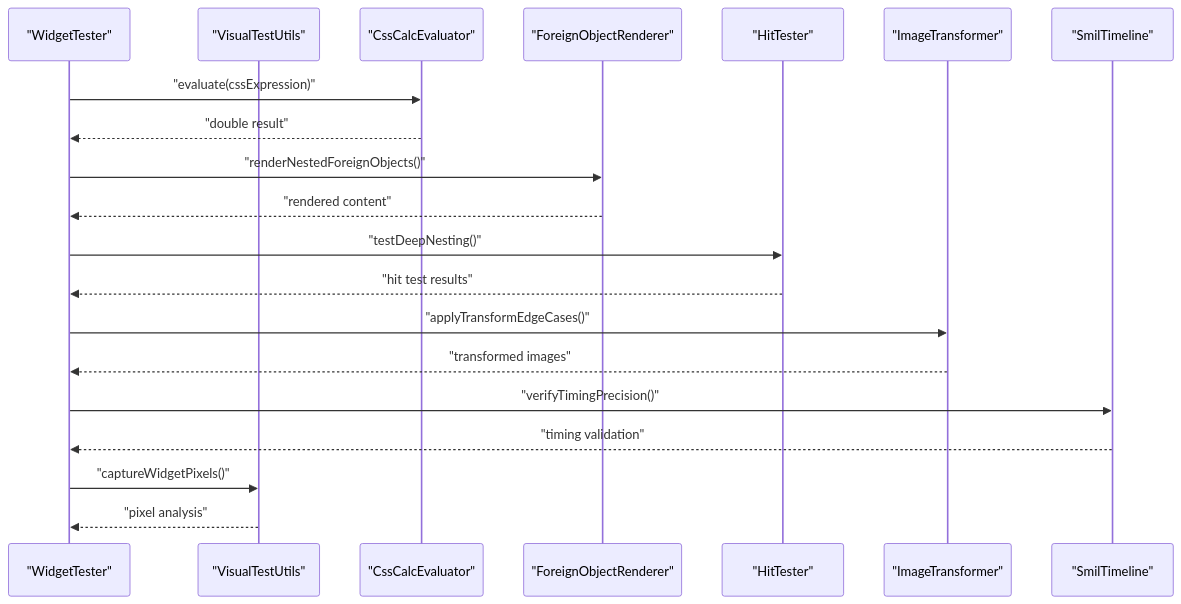
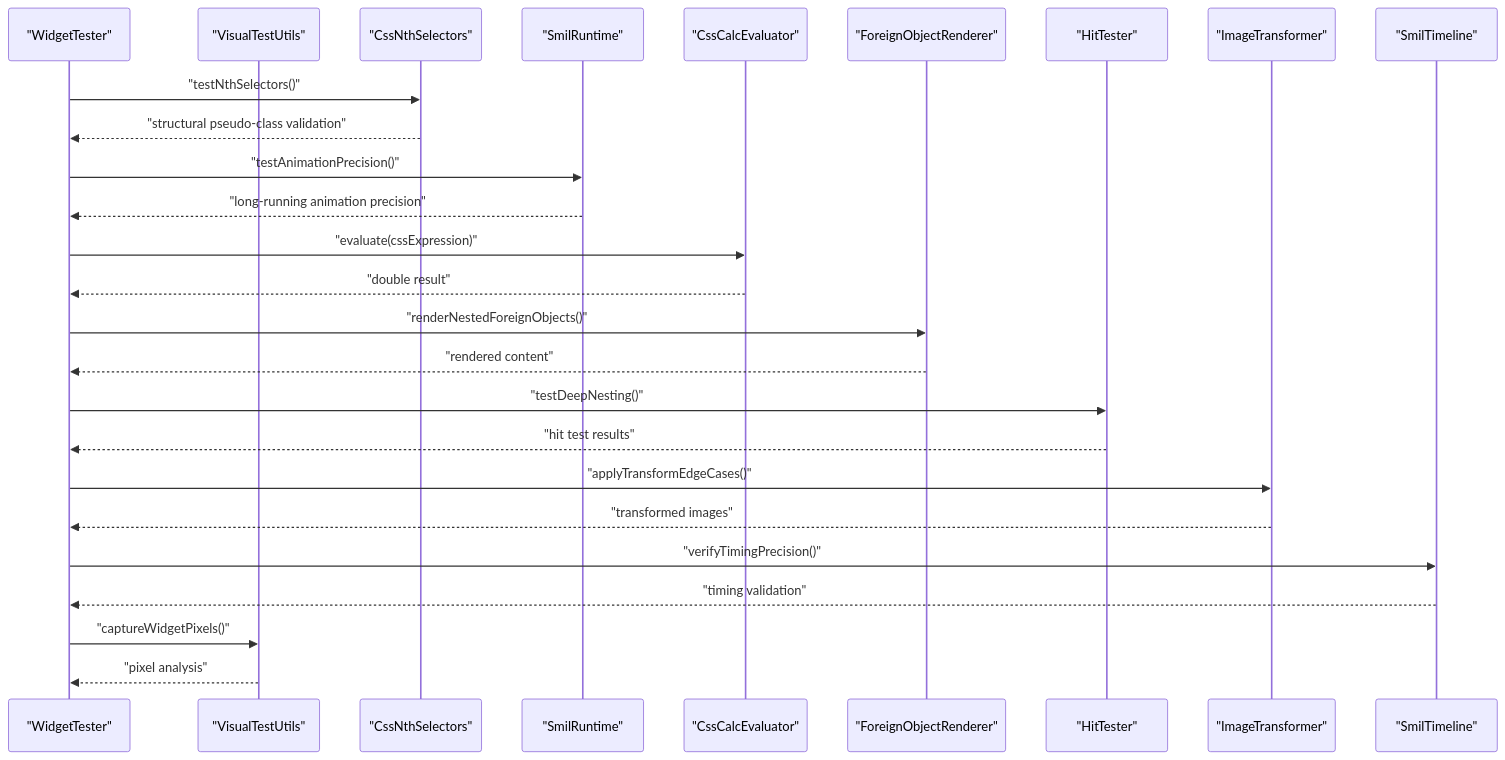
The second of 18 diagrams in .qoder/repowiki/en/content/Testing Suite Updates.md (denisnadey/flutter_full_svg_support), drawn with Mermaid before and after one commit. The commit also changed other lines of this file and 25 other files, not shown here.

````diff
--- a/.qoder/repowiki/en/content/Testing Suite Updates.md
+++ b/.qoder/repowiki/en/content/Testing Suite Updates.md
@@ -224,22 +247,28 @@
 ```mermaid
 sequenceDiagram
 participant T as "WidgetTester"
 participant U as "VisualTestUtils"
+participant CNST as "CssNthSelectors"
+participant SART as "SmilRuntime"
 participant CE as "CssCalcEvaluator"
 participant FO as "ForeignObjectRenderer"
 participant HT as "HitTester"
 participant IT as "ImageTransformer"
 participant ST as "SmilTimeline"
+T->>CNST : "testNthSelectors()"
+CNST-->>T : "structural pseudo-class validation"
+T->>SART : "testAnimationPrecision()"
+SART-->>T : "long-running animation precision"
 T->>CE : "evaluate(cssExpression)"
 CE-->>T : "double result"
 T->>FO : "renderNestedForeignObjects()"
 FO-->>T : "rendered content"
 T->>HT : "testDeepNesting()"
 HT-->>T : "hit test results"
 T->>IT : "applyTransformEdgeCases()"
 IT-->>T : "transformed images"
 T->>ST : "verifyTimingPrecision()"
 ST-->>T : "timing validation"
 T->>U : "captureWidgetPixels()"
 U-->>T : "pixel analysis"
 ```
````
